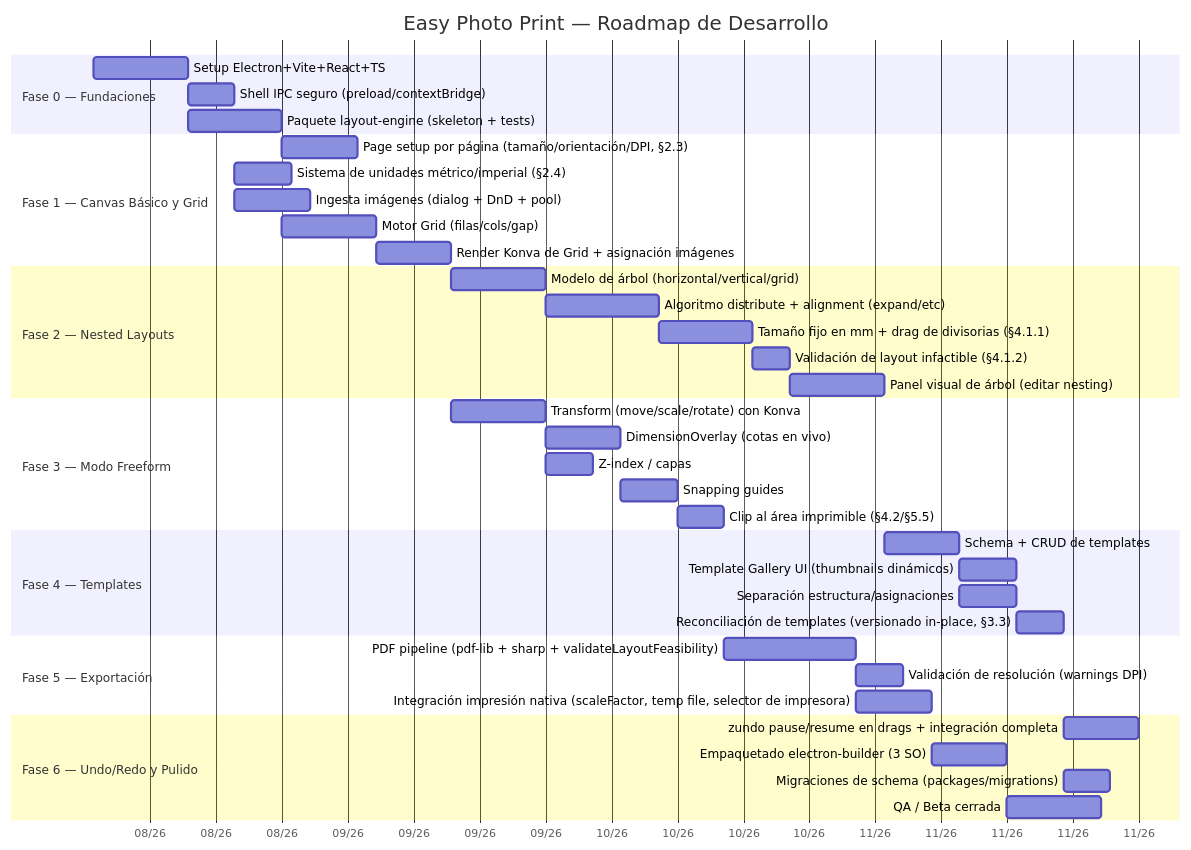
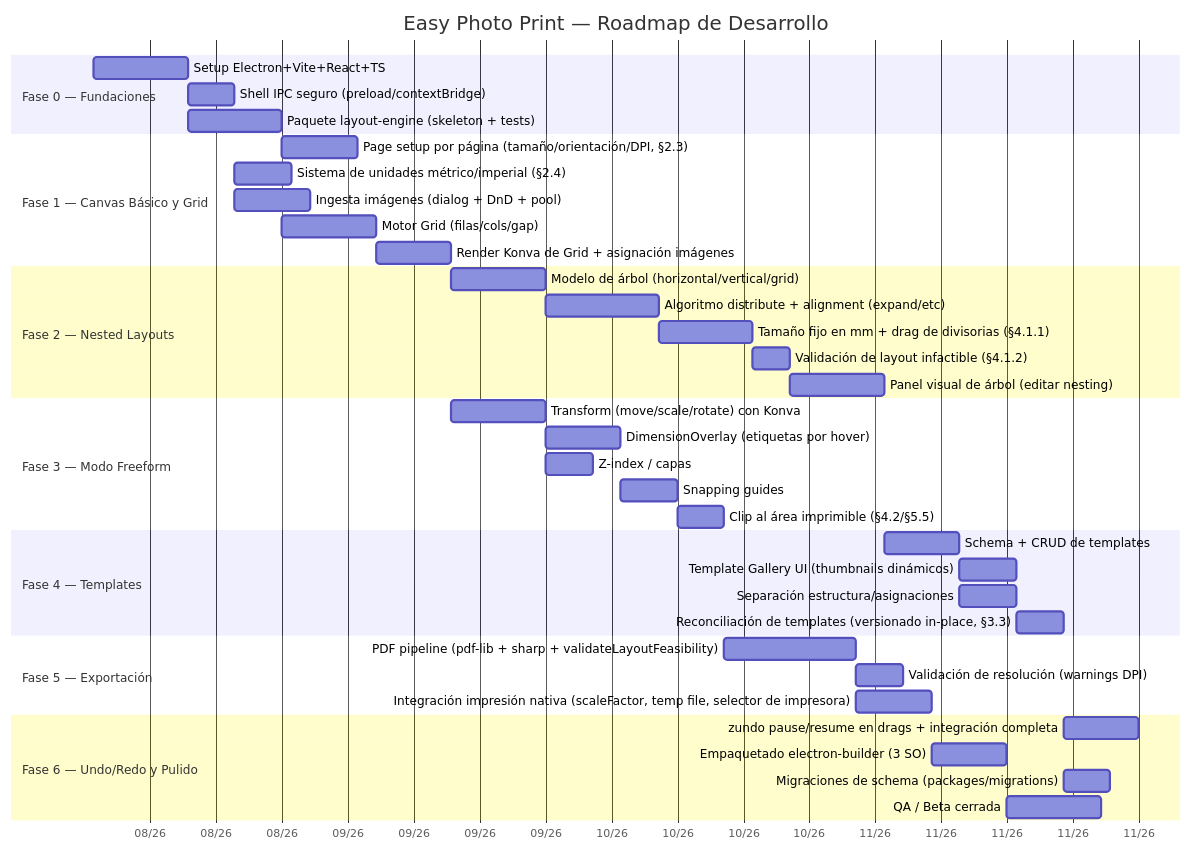
The sixth of 7 diagrams in OPENSPEC.md (exe4que/EasyPhotoPrint), drawn with Mermaid before and after one commit. The commit also changed other lines of this file and 5 other files, not shown here.

First line of the commit message:
Nest freeformCanvas like any other layout node; replace live cotas with hover labels

````diff
--- a/OPENSPEC.md
+++ b/OPENSPEC.md
@@ -1073,49 +1075,49 @@
 ```mermaid
 gantt
     title Easy Photo Print — Roadmap de Desarrollo
     dateFormat  YYYY-MM-DD
     axisFormat  %m/%y
 
     section Fase 0 — Fundaciones
     Setup Electron+Vite+React+TS       :f0a, 2026-08-10, 10d
     Shell IPC seguro (preload/contextBridge) :f0b, after f0a, 5d
     Paquete layout-engine (skeleton + tests) :f0c, after f0a, 10d
 
     section Fase 1 — Canvas Básico y Grid
     Page setup por página (tamaño/orientación/DPI, §2.3) :f1a, after f0c, 8d
     Sistema de unidades métrico/imperial (§2.4) :f1e, after f0b, 6d
     Ingesta imágenes (dialog + DnD + pool)   :f1b, after f0b, 8d
     Motor Grid (filas/cols/gap)              :f1c, after f0c, 10d
     Render Konva de Grid + asignación imágenes :f1d, after f1c, 8d
 
     section Fase 2 — Nested Layouts
     Modelo de árbol (horizontal/vertical/grid) :f2a, after f1d, 10d
     Algoritmo distribute + alignment (expand/etc) :f2b, after f2a, 12d
     Tamaño fijo en mm + drag de divisorias (§4.1.1) :f2c, after f2b, 10d
     Validación de layout infactible (§4.1.2) :f2d, after f2c, 4d
     Panel visual de árbol (editar nesting)   :f2e, after f2d, 10d
 
     section Fase 3 — Modo Freeform
     Transform (move/scale/rotate) con Konva  :f3a, after f1d, 10d
-    DimensionOverlay (cotas en vivo)         :f3b, after f3a, 8d
+    DimensionOverlay (etiquetas por hover)   :f3b, after f3a, 8d
     Z-index / capas                          :f3c, after f3a, 5d
     Snapping guides                          :f3d, after f3b, 6d
     Clip al área imprimible (§4.2/§5.5)      :f3e, after f3d, 5d
 
     section Fase 4 — Templates
     Schema + CRUD de templates               :f4a, after f2e, 8d
     Template Gallery UI (thumbnails dinámicos) :f4b, after f4a, 6d
     Separación estructura/asignaciones       :f4c, after f4a, 6d
     Reconciliación de templates (versionado in-place, §3.3) :f4d, after f4c, 5d
 
     section Fase 5 — Exportación
     PDF pipeline (pdf-lib + sharp + validateLayoutFeasibility) :f5a, after f3e, 14d
     Validación de resolución (warnings DPI)  :f5b, after f5a, 5d
     Integración impresión nativa (scaleFactor, temp file, selector de impresora) :f5c, after f5a, 8d
 
     section Fase 6 — Undo/Redo y Pulido
     zundo pause/resume en drags + integración completa :f6a, after f4d, 8d
     Empaquetado electron-builder (3 SO)      :f6b, after f5c, 8d
     Migraciones de schema (packages/migrations) :f6c, after f4d, 5d
     QA / Beta cerrada                        :f6d, after f6b, 10d
 ```
````
